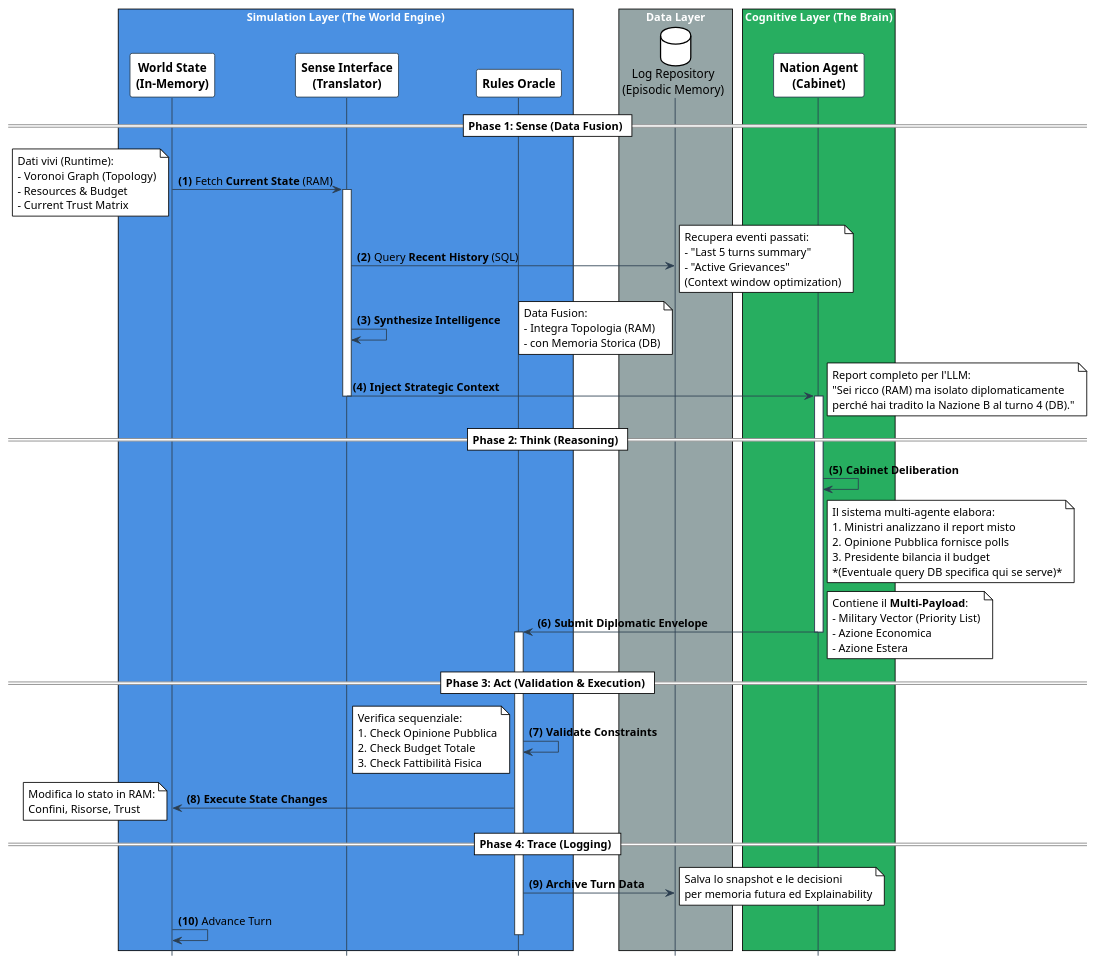
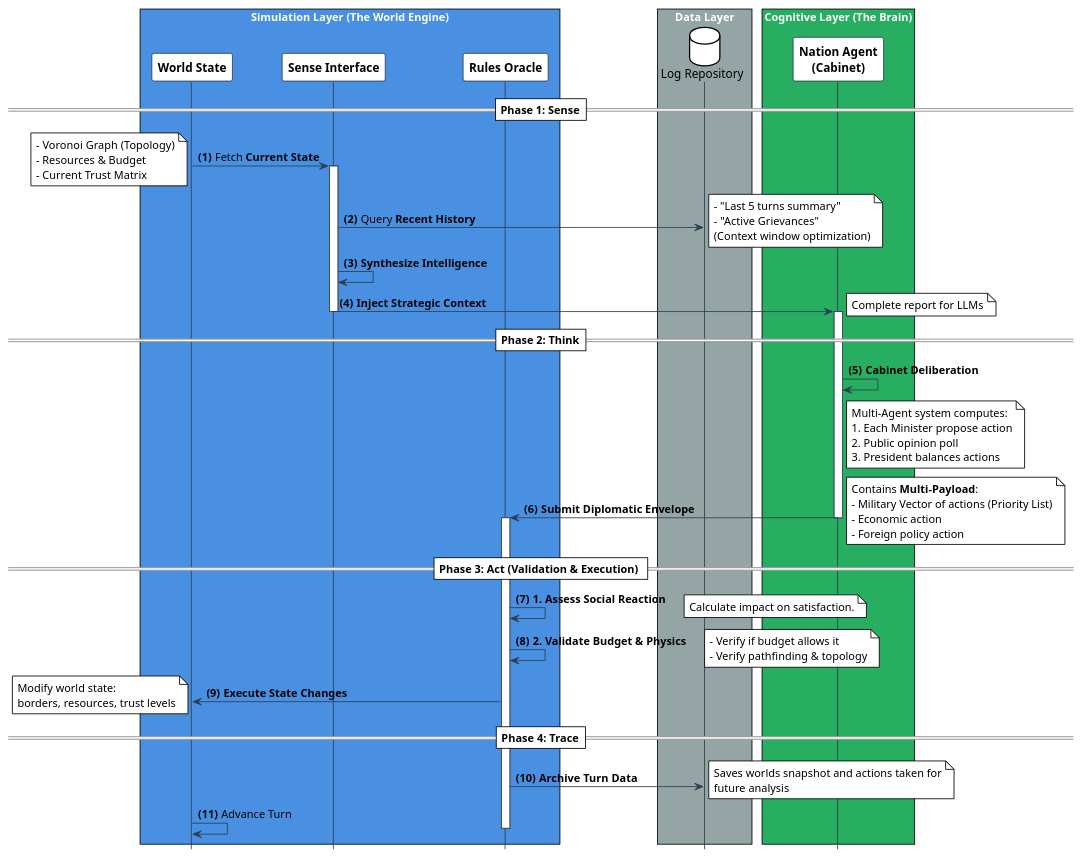
One commit to SugarStoneMaster/GeoMAS changed the diagram in diagrams/sequence.puml. Above: the diagram before and after it, drawn with PlantUML.

Commit message:
Sequence 1.0

```diff
--- a/diagrams/sequence.puml
+++ b/diagrams/sequence.puml
@@ -1,121 +1,115 @@
 @startuml
 !theme plain
 hide footbox
 autonumber "<b>(0)</b>"
 
 ' --- STILE VISIVO ---
 skinparam sequence {
     ArrowColor #2C3E50
     LifeLineBorderColor #2C3E50
     LifeLineBackgroundColor White
     ParticipantBorderColor #2C3E50
     ParticipantBackgroundColor White
     ParticipantFontName Helvetica
     ParticipantFontSize 14
     ParticipantFontStyle bold
     BoxFontSize 16
     BoxFontColor White
 }
 
-' --- ATTORI ---
-
+' --- DEFINIZIONE LAYERS E PARTECIPANTI ---
 box "Simulation Layer (The World Engine)" #4A90E2
-    participant "World State\n(In-Memory)" as World
-    participant "Sense Interface\n(Translator)" as Sense
+    participant "World State" as World
+    participant "Sense Interface" as Sense
     participant "Rules Oracle" as Oracle
 end box
 
 box "Data Layer" #95A5A6
-    database "Log Repository\n(Episodic Memory)" as DB
+    database "Log Repository" as DB
 end box
 
 box "Cognitive Layer (The Brain)" #27AE60
     participant "Nation Agent\n(Cabinet)" as Agent
 end box
 
-
 ' --- INIZIO FLUSSO ---
 
-== Phase 1: Sense (Data Fusion) ==
+== Phase 1: Sense==
 
 ' 1. DATI REAL-TIME (Dalla RAM)
-World -> Sense : Fetch **Current State** (RAM)
+World -> Sense : Fetch **Current State**
 note left
-  Dati vivi (Runtime):
   - Voronoi Graph (Topology)
   - Resources & Budget
   - Current Trust Matrix
 end note
 
 activate Sense
 
 ' 2. DATI STORICI (Dal DB) - NUOVO!
-Sense -> DB : Query **Recent History** (SQL)
+Sense -> DB : Query **Recent History**
 note right
-  Recupera eventi passati:
   - "Last 5 turns summary"
   - "Active Grievances"
   (Context window optimization)
 end note
 
 ' 3. FUSIONE
 Sense -> Sense : **Synthesize Intelligence**
-note right
-  Data Fusion:
-  - Integra Topologia (RAM)
-  - con Memoria Storica (DB)
-end note
+
 
 ' 4. INPUT FINALE
 Sense -> Agent : <b>Inject Strategic Context</b>
 note right
-  Report completo per l'LLM:
-  "Sei ricco (RAM) ma isolato diplomaticamente
-  perché hai tradito la Nazione B al turno 4 (DB)."
+  Complete report for LLMs
 end note
 deactivate Sense
 
-== Phase 2: Think (Reasoning) ==
+== Phase 2: Think==
 
 activate Agent
 Agent -> Agent : <b>Cabinet Deliberation</b>
 note right of Agent
-  Il sistema multi-agente elabora:
-  1. Ministri analizzano il report misto
-  2. Opinione Pubblica fornisce polls
-  3. Presidente bilancia il budget
-  *(Eventuale query DB specifica qui se serve)*
+  Multi-Agent system computes:
+  1. Each Minister propose action
+  2. Public opinion poll
+  3. President balances actions
 end note
 
 Agent -> Oracle : <b>Submit Diplomatic Envelope</b>
 note right
-  Contiene il <b>Multi-Payload</b>:
-  - Military Vector (Priority List)
-  - Azione Economica
-  - Azione Estera
+  Contains <b>Multi-Payload</b>:
+  - Military Vector of actions (Priority List)
+  - Economic action
+  - Foreign policy action
 end note
 deactivate Agent
 
 == Phase 3: Act (Validation & Execution) ==
 
 activate Oracle
-Oracle -> Oracle : <b>Validate Constraints</b>
-note left
-  Verifica sequenziale:
-  1. Check Opinione Pubblica
-  2. Check Budget Totale
-  3. Check Fattibilità Fisica
+
+' --- VALIDAZIONE SEQUENZIALE LINEARE ---
+Oracle -> Oracle : <b>1. Assess Social Reaction</b>
+note right
+  Calculate impact on satisfaction.
+end note
+
+Oracle -> Oracle : <b>2. Validate Budget & Physics</b>
+note right
+  - Verify if budget allows it
+  - Verify pathfinding & topology
 end note
 
 Oracle -> World : <b>Execute State Changes</b>
-note left: Modifica lo stato in RAM:\nConfini, Risorse, Trust
+note left: Modify world state:\nborders, resources, trust levels
 
-== Phase 4: Trace (Logging) ==
+== Phase 4: Trace==
 
 Oracle -> DB : <b>Archive Turn Data</b>
-note right: Salva lo snapshot e le decisioni\nper memoria futura ed Explainability
+note right: Saves worlds snapshot and actions taken for\nfuture analysis
 
 World -> World : Advance Turn
 deactivate Oracle
 
 @enduml
```
